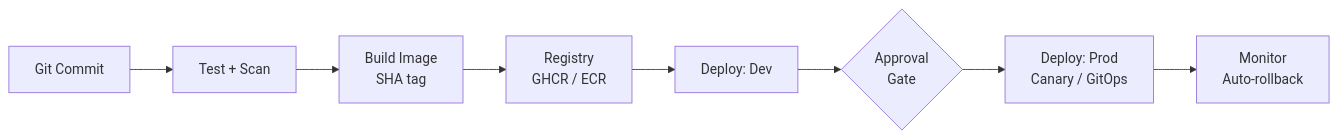
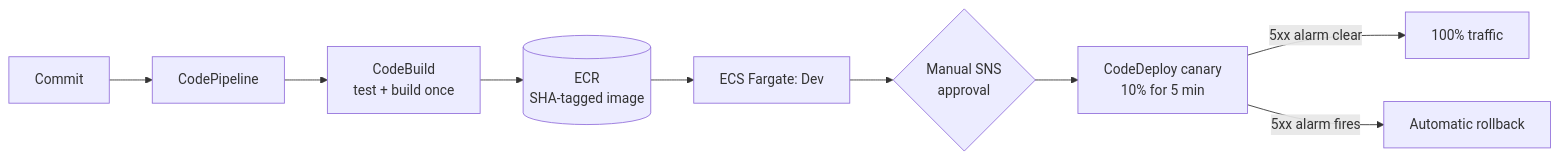
Before and after one commit to immadhav7/immadhav7: the first of 3 diagrams in README.md, drawn with Mermaid. The commit also changed other lines of this file, not shown here.

````diff
--- a/README.md
+++ b/README.md
@@ -130,10 +172,11 @@
 ```mermaid
 flowchart LR
-    A[Git Commit] --> B[Test + Scan]
-    B --> C[Build Image<br/>SHA tag]
-    C --> D[Registry<br/>GHCR / ECR]
-    D --> E[Deploy: Dev]
-    E --> F{Approval<br/>Gate}
-    F --> G[Deploy: Prod<br/>Canary / GitOps]
-    G --> H[Monitor<br/>Auto-rollback]
+    A[Commit] --> B[CodePipeline]
+    B --> C[CodeBuild<br/>test + build once]
+    C --> D[(ECR<br/>SHA-tagged image)]
+    D --> E[ECS Fargate: Dev]
+    E --> F{Manual SNS<br/>approval}
+    F --> G[CodeDeploy canary<br/>10% for 5 min]
+    G -->|5xx alarm clear| H[100% traffic]
+    G -->|5xx alarm fires| I[Automatic rollback]
 ```
````
